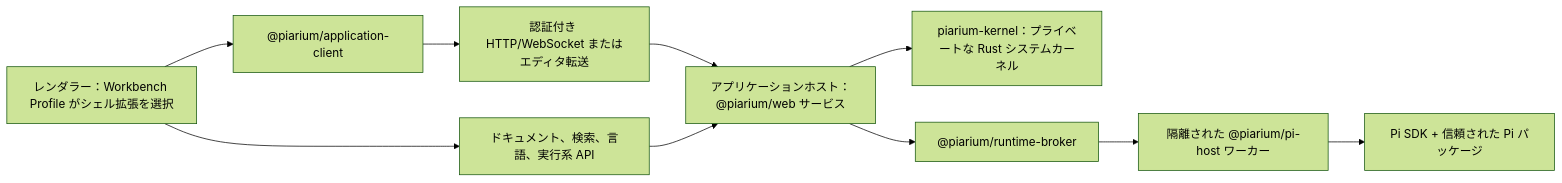
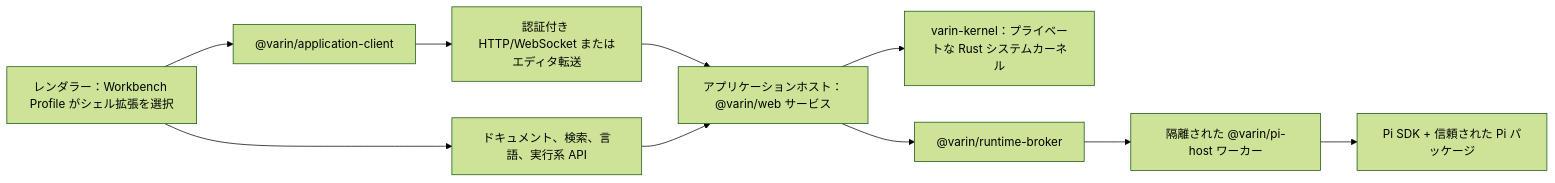
The diagram in .github/readme/README.ja.md (Youzini-afk/Piarium), drawn with Mermaid (forest theme) before and after one commit. The commit also changed other lines of this file and 2274 other files, not shown here.

Commit message:
feat: rename Piarium to Varin across the product and runtime

````diff
--- a/.github/readme/README.ja.md
+++ b/.github/readme/README.ja.md
@@ -264,12 +263,12 @@
 ```mermaid
 flowchart LR
-    S["レンダラー：Workbench Profile がシェル拡張を選択"] --> C["@piarium/application-client"]
+    S["レンダラー：Workbench Profile がシェル拡張を選択"] --> C["@varin/application-client"]
     S --> D["ドキュメント、検索、言語、実行系 API"]
     C --> T["認証付き HTTP/WebSocket またはエディタ転送"]
-    T --> A["アプリケーションホスト：@piarium/web サービス"]
+    T --> A["アプリケーションホスト：@varin/web サービス"]
     D --> A
-    A --> K["piarium-kernel：プライベートな Rust システムカーネル"]
-    A --> B["@piarium/runtime-broker"]
-    B --> H["隔離された @piarium/pi-host ワーカー"]
+    A --> K["varin-kernel：プライベートな Rust システムカーネル"]
+    A --> B["@varin/runtime-broker"]
+    B --> H["隔離された @varin/pi-host ワーカー"]
     H --> P["Pi SDK + 信頼された Pi パッケージ"]
 ```
````
